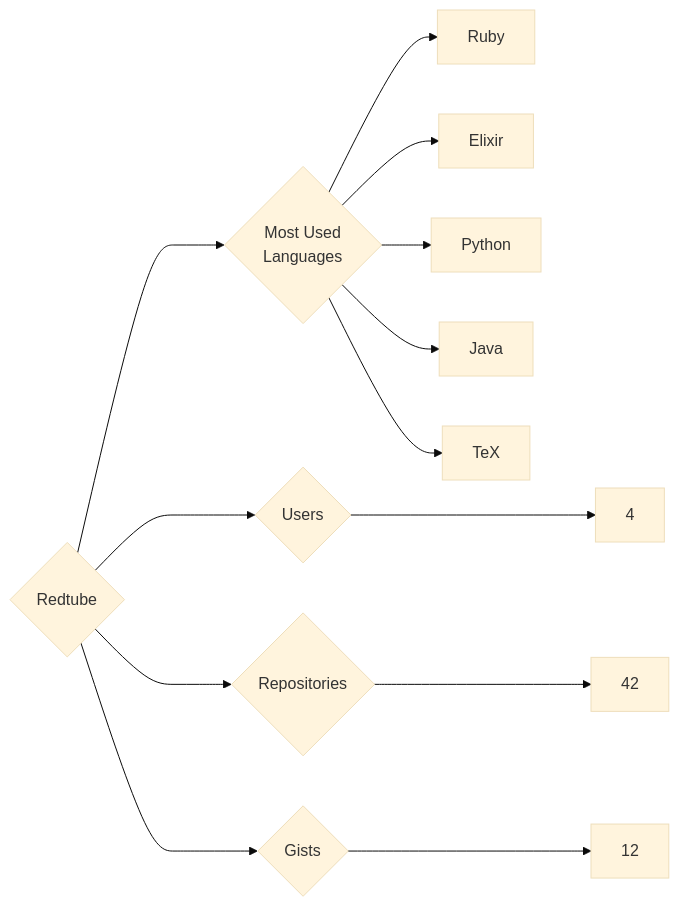
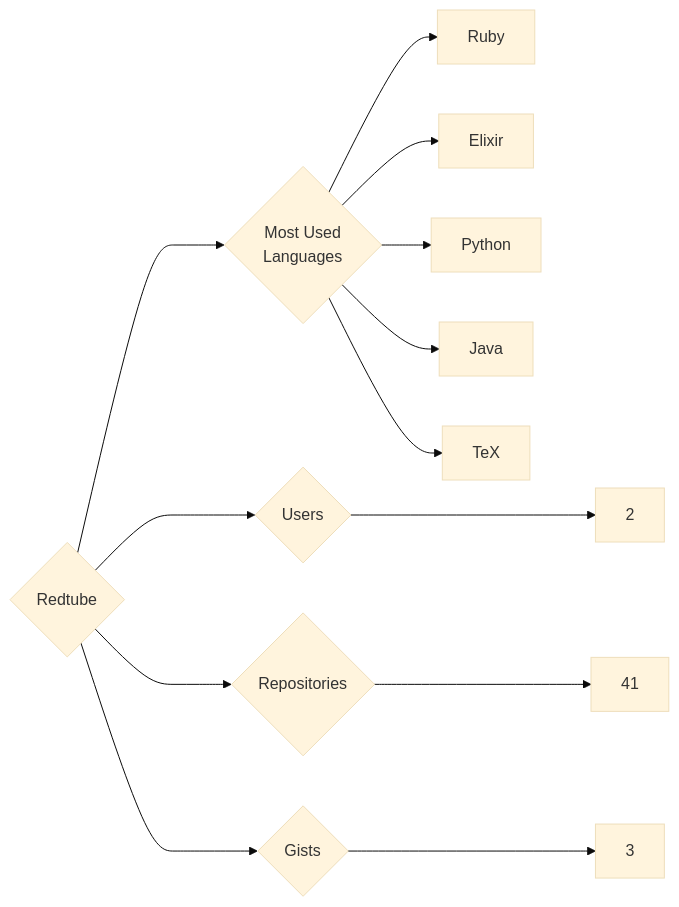
The diagram in targets/Redtube/README.md (trickest/insiders), drawn with Mermaid (base theme) before and after one commit. The commit also changed 728 other files, not shown here.

````diff
--- a/targets/Redtube/README.md
+++ b/targets/Redtube/README.md
@@ -3,13 +3,13 @@
 ```mermaid
 graph LR
 COMPANY_NAME{Redtube}
-COMPANY_NAME ---> U{Users} ---> UN[4]
-COMPANY_NAME ---> R{Repositories} ---> RN[42]
-COMPANY_NAME ---> G{Gists} ---> GN[12]
+COMPANY_NAME ---> U{Users} ---> UN[2]
+COMPANY_NAME ---> R{Repositories} ---> RN[41]
+COMPANY_NAME ---> G{Gists} ---> GN[3]
 COMPANY_NAME ---> ML{Most Used<br>Languages}
 ML --> Ruby[Ruby]
 ML --> Elixir[Elixir]
 ML --> Python[Python]
 ML --> Java[Java]
 ML --> TeX[TeX]
 ```
````
